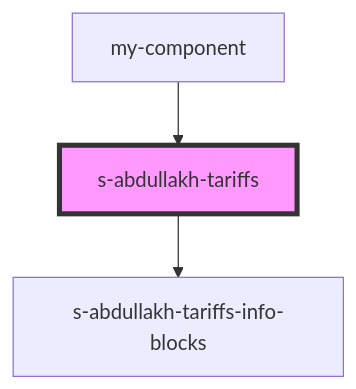
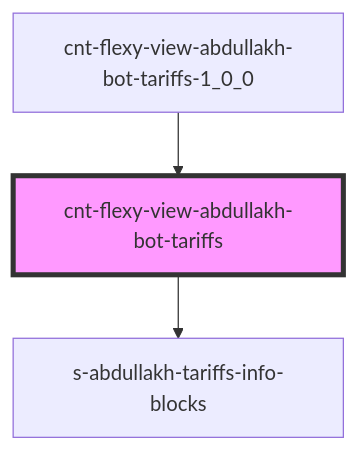
Before and after one commit to Wokh-Dada/botdevelopmentapp: the diagram in src/components/cnt-flexy-view-abdullakh-bot-tariffs-1_0_0/res/view/cnt-flexy-view-abdullakh-bot-tariffs/readme.md, drawn with Mermaid. The commit also changed other lines of this file and 138 other files, not shown here.

````diff
--- a/src/components/cnt-flexy-view-abdullakh-bot-tariffs-1_0_0/res/view/cnt-flexy-view-abdullakh-bot-tariffs/readme.md
+++ b/src/components/cnt-flexy-view-abdullakh-bot-tariffs-1_0_0/res/view/cnt-flexy-view-abdullakh-bot-tariffs/readme.md
@@ -34,6 +34,6 @@
 ```mermaid
 graph TD;
-  s-abdullakh-tariffs --> s-abdullakh-tariffs-info-blocks
-  my-component --> s-abdullakh-tariffs
-  style s-abdullakh-tariffs fill:#f9f,stroke:#333,stroke-width:4px
+  cnt-flexy-view-abdullakh-bot-tariffs --> s-abdullakh-tariffs-info-blocks
+  cnt-flexy-view-abdullakh-bot-tariffs-1_0_0 --> cnt-flexy-view-abdullakh-bot-tariffs
+  style cnt-flexy-view-abdullakh-bot-tariffs fill:#f9f,stroke:#333,stroke-width:4px
 ```
````
